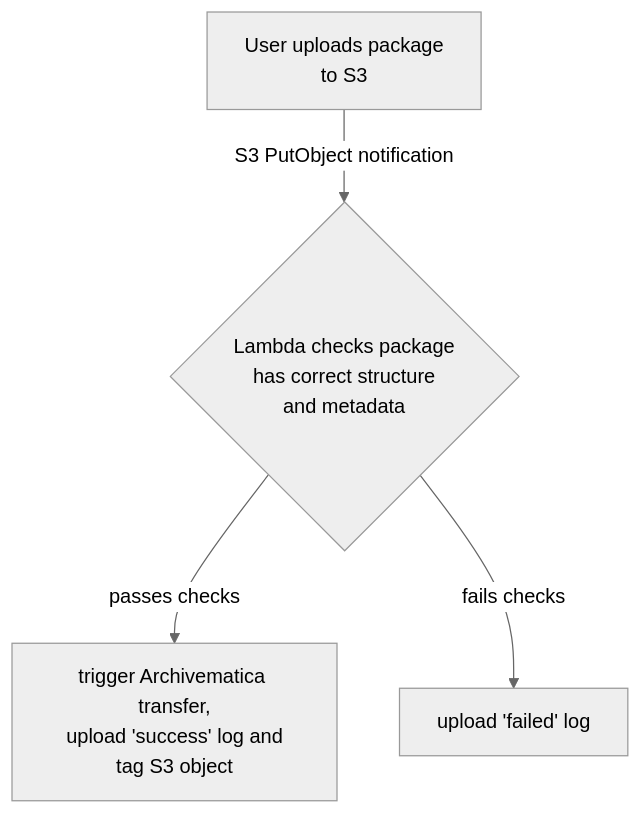
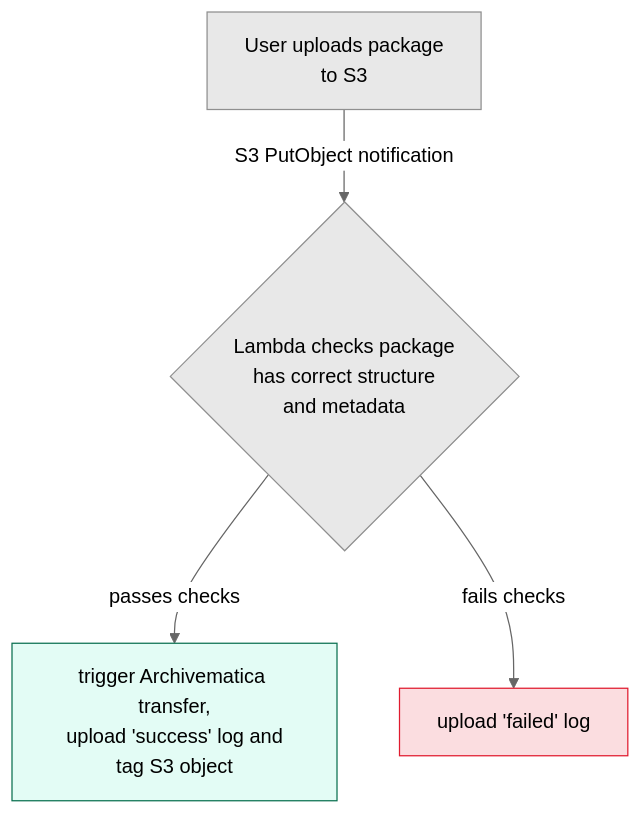
Before and after one commit to wellcomecollection/archivematica-infrastructure: the diagram in lambdas/s3_start_transfer/README.md, drawn with Mermaid (neutral theme).

Commit message:
fix the Mermaid syntax for colours

````diff
--- a/lambdas/s3_start_transfer/README.md
+++ b/lambdas/s3_start_transfer/README.md
@@ -14,15 +14,15 @@
 ```mermaid
 graph TD
     A[User uploads package<br/>to S3] -->|S3 PutObject notification| L{Lambda checks package<br/>has correct structure<br/>and metadata}
     L -->|passes checks| S[trigger Archivematica transfer,<br/>upload 'success' log and<br/>tag S3 object]
     L -->|fails checks| F[upload 'failed' log]
 
-    classDef failedNode fill:#f6b6bd;stroke:#e01b2f
+    classDef failedNode fill:#e01b2f,stroke:#e01b2f,fill-opacity:0.15
     class F failedNode
 
-    classDef successNode fill:#b0f7e2;stroke:#0b7051
+    classDef successNode fill:#b0f7e2,stroke:#0b7051,fill-opacity:0.35
     class S successNode
 
-    classDef genericNode fill:#e8e8e8;stroke:#8f8f8f
+    classDef genericNode fill:#e8e8e8,stroke:#8f8f8f
     class A,L genericNode
 ```
````
